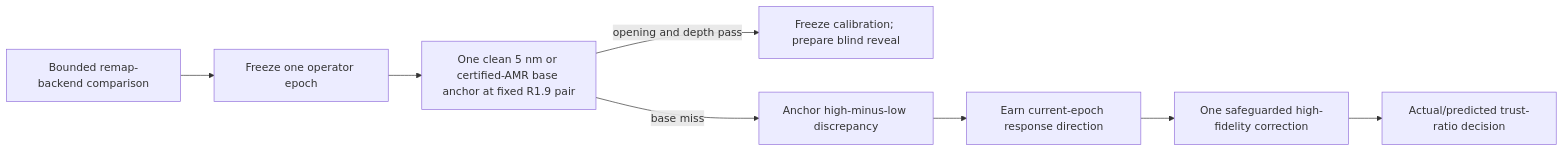
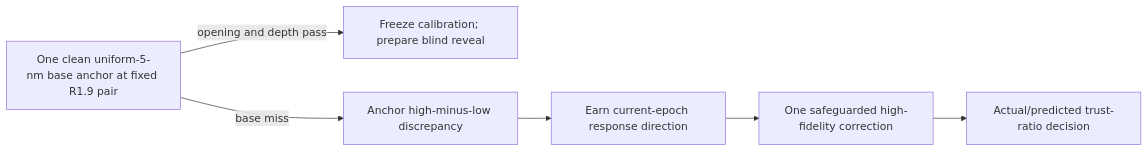
Before and after one commit to sdelaurentiis123/plasma-etching-code: the diagram in KRUEGER_2024_MULTIFIDELITY_READINESS_2026-07-17.md, drawn with Mermaid. The commit also changed other lines of this file and 2 other files, not shown here.

Commit message:
docs(krueger): advance readiness to fine anchor

````diff
--- a/KRUEGER_2024_MULTIFIDELITY_READINESS_2026-07-17.md
+++ b/KRUEGER_2024_MULTIFIDELITY_READINESS_2026-07-17.md
@@ -92,10 +89,9 @@
 ```mermaid
 flowchart LR
-    A[Bounded remap-backend comparison] --> B[Freeze one operator epoch]
-    B --> C[One clean 5 nm or certified-AMR base anchor at fixed R1.9 pair]
+    C[One clean uniform-5-nm base anchor at fixed R1.9 pair]
     C -->|opening and depth pass| D[Freeze calibration; prepare blind reveal]
     C -->|base miss| E[Anchor high-minus-low discrepancy]
     E --> F[Earn current-epoch response direction]
     F --> G[One safeguarded high-fidelity correction]
     G --> H[Actual/predicted trust-ratio decision]
 ```
````
